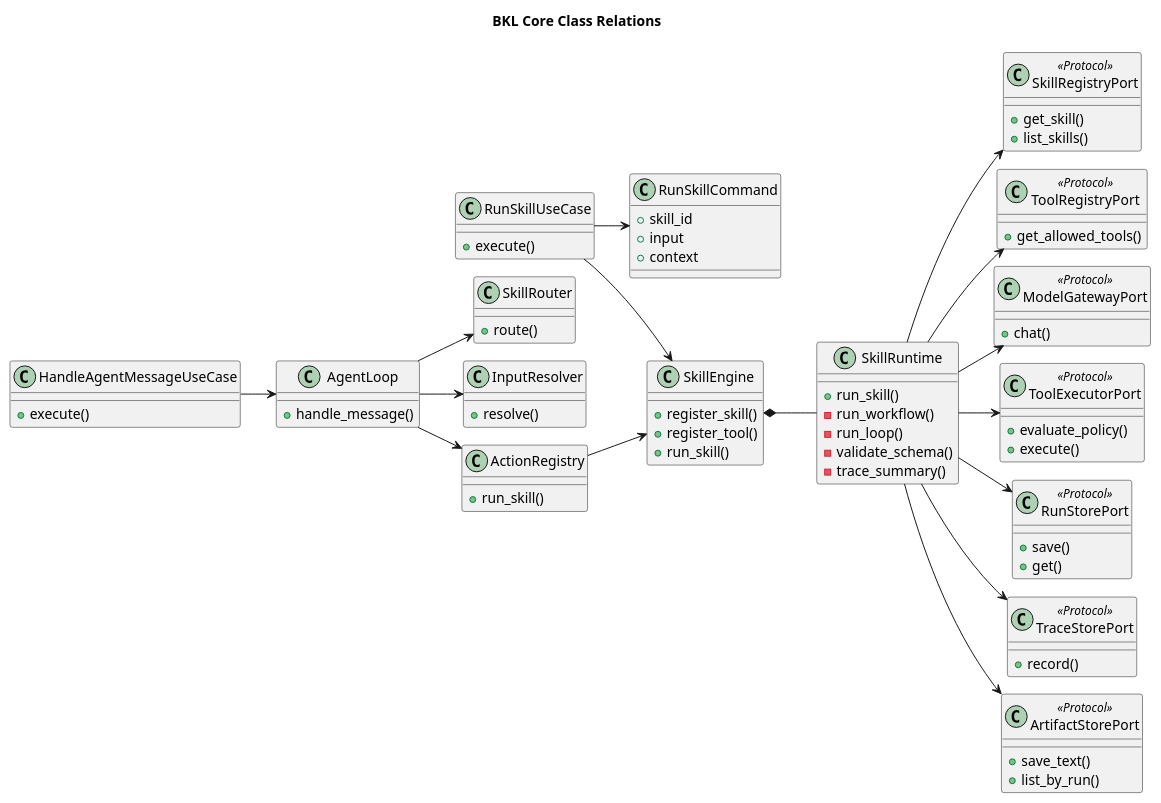
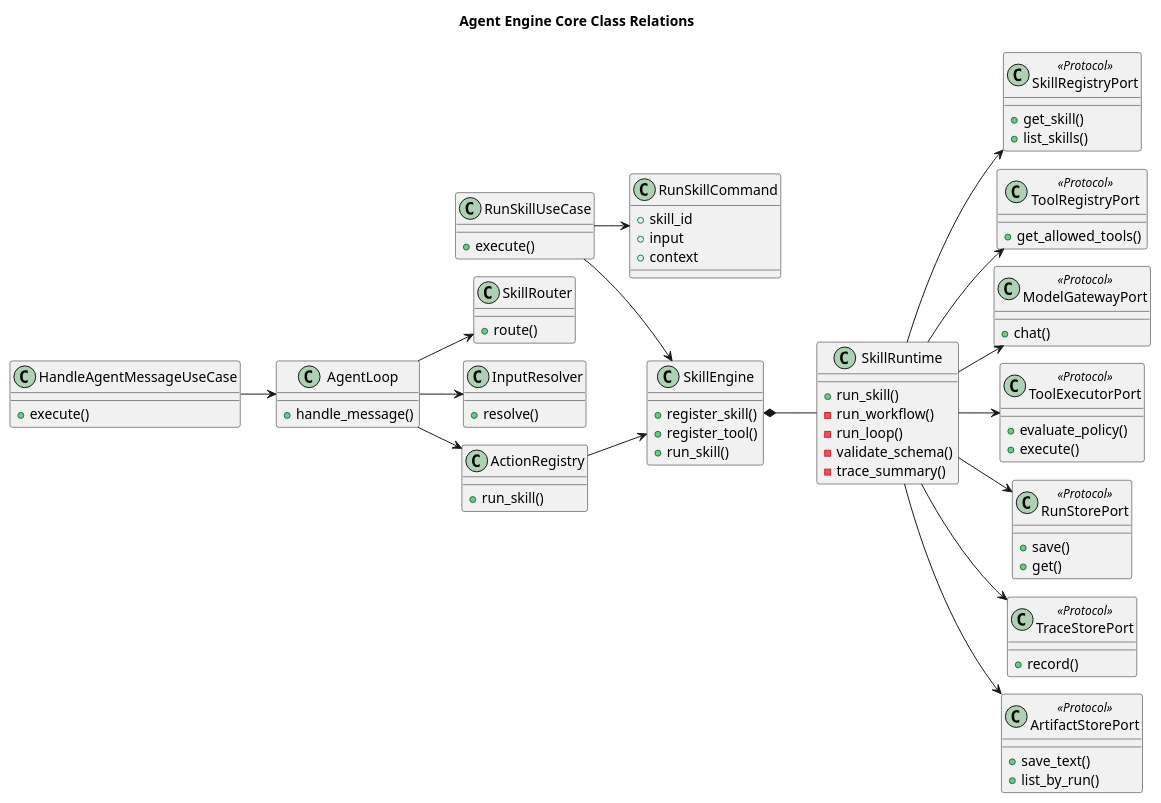
Before and after one commit to wangboy91/agent-engine: the diagram in docs/diagrams/agent-core-class-relations.puml, drawn with PlantUML. The commit also changed 67 other files, not shown here.

```diff
--- a/docs/diagrams/agent-core-class-relations.puml
+++ b/docs/diagrams/agent-core-class-relations.puml
@@ -1,102 +1,102 @@
 @startuml
 !pragma layout smetana
-title BKL Core Class Relations
+title Agent Engine Core Class Relations
 
 skinparam shadowing false
 left to right direction
 
 class SkillEngine {
   +register_skill()
   +register_tool()
   +run_skill()
 }
 
 class RunSkillUseCase {
   +execute()
 }
 
 class RunSkillCommand {
   +skill_id
   +input
   +context
 }
 
 class SkillRuntime {
   +run_skill()
   -run_workflow()
   -run_loop()
   -validate_schema()
   -trace_summary()
 }
 
 class HandleAgentMessageUseCase {
   +execute()
 }
 
 class AgentLoop {
   +handle_message()
 }
 
 class SkillRouter {
   +route()
 }
 
 class InputResolver {
   +resolve()
 }
 
 class ActionRegistry {
   +run_skill()
 }
 
 class SkillRegistryPort <<Protocol>> {
   +get_skill()
   +list_skills()
 }
 
 class ToolRegistryPort <<Protocol>> {
   +get_allowed_tools()
 }
 
 class ModelGatewayPort <<Protocol>> {
   +chat()
 }
 
 class ToolExecutorPort <<Protocol>> {
   +evaluate_policy()
   +execute()
 }
 
 class RunStorePort <<Protocol>> {
   +save()
   +get()
 }
 
 class TraceStorePort <<Protocol>> {
   +record()
 }
 
 class ArtifactStorePort <<Protocol>> {
   +save_text()
   +list_by_run()
 }
 
 RunSkillUseCase --> RunSkillCommand
 RunSkillUseCase --> SkillEngine
 SkillEngine *-- SkillRuntime
 
 HandleAgentMessageUseCase --> AgentLoop
 AgentLoop --> SkillRouter
 AgentLoop --> InputResolver
 AgentLoop --> ActionRegistry
 ActionRegistry --> SkillEngine
 
 SkillRuntime --> SkillRegistryPort
 SkillRuntime --> ToolRegistryPort
 SkillRuntime --> ModelGatewayPort
 SkillRuntime --> ToolExecutorPort
 SkillRuntime --> RunStorePort
 SkillRuntime --> TraceStorePort
 SkillRuntime --> ArtifactStorePort
 
 @enduml
```
